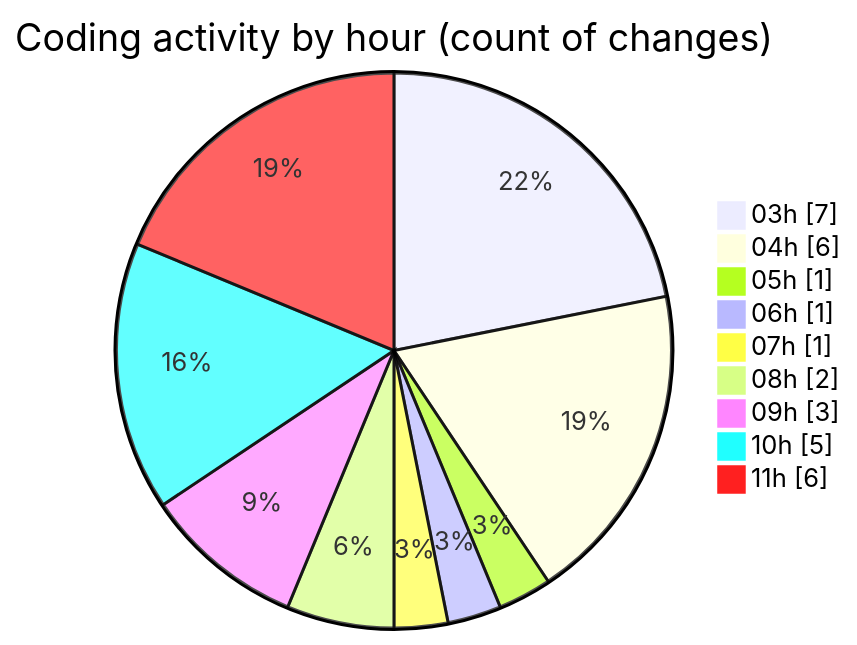
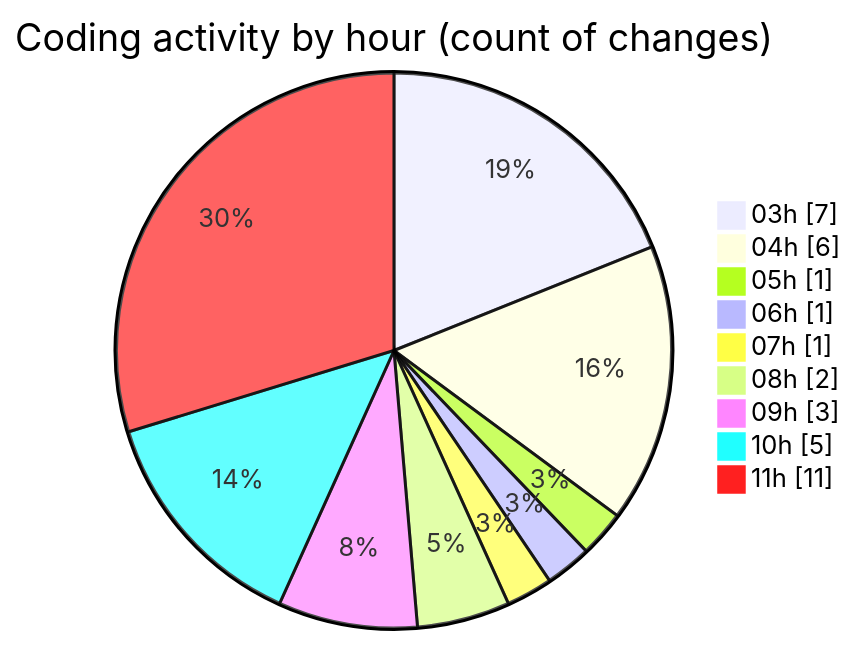
Before and after one commit to FelipKnott/code-tracking: the second of 2 diagrams in 2025-07-02/cursor/README.md, drawn with Mermaid. The commit also changed other lines of this file and 1 other file, not shown here.

````diff
--- a/2025-07-02/cursor/README.md
+++ b/2025-07-02/cursor/README.md
@@ -31,13 +31,13 @@
 ```mermaid
 pie showData
 title Coding activity by hour (count of changes)
 "03h" : 7
 "04h" : 6
 "05h" : 1
 "06h" : 1
 "07h" : 1
 "08h" : 2
 "09h" : 3
 "10h" : 5
-"11h" : 6
+"11h" : 11
 ```
````
